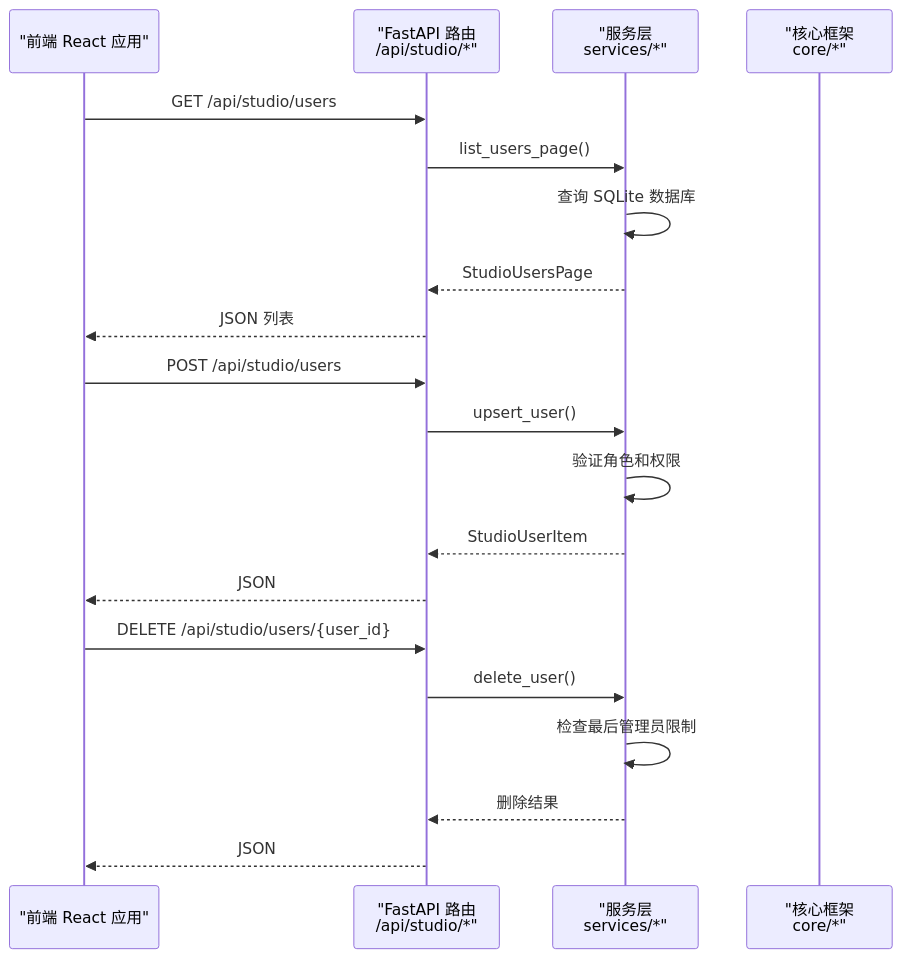
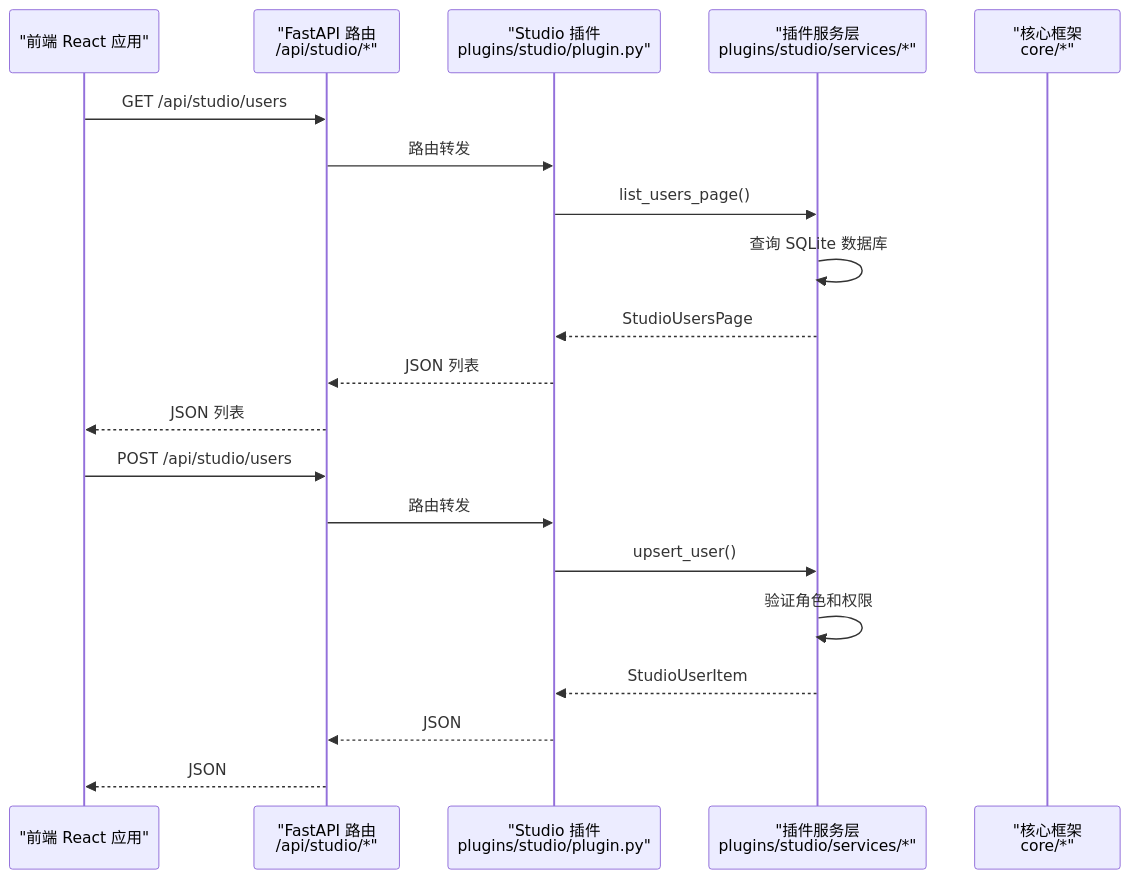
The second of 10 diagrams in repowiki/zh/content/Studio 开发工具/Studio 开发工具.md (YU-JI-KUI/ark-agentic), drawn with Mermaid before and after one commit. The commit also changed other lines of this file and 116 other files, not shown here.

Commit message:
Refactor README structure and content for clarity; remove outdated CLI and utilities documentation. Introduce new API Reference and CLI Tooling documents to enhance user guidance and project organization.

````diff
--- a/repowiki/zh/content/Studio 开发工具/Studio 开发工具.md
+++ b/repowiki/zh/content/Studio 开发工具/Studio 开发工具.md
@@ -129,22 +148,22 @@
 ```mermaid
 sequenceDiagram
 participant FE as "前端 React 应用"
 participant API as "FastAPI 路由<br/>/api/studio/*"
-participant SVC as "服务层<br/>services/*"
+participant PLUGIN as "Studio 插件<br/>plugins/studio/plugin.py"
+participant SVC as "插件服务层<br/>plugins/studio/services/*"
 participant CORE as "核心框架<br/>core/*"
 FE->>API : GET /api/studio/users
-API->>SVC : list_users_page()
+API->>PLUGIN : 路由转发
+PLUGIN->>SVC : list_users_page()
 SVC->>SVC : 查询 SQLite 数据库
-SVC-->>API : StudioUsersPage
+SVC-->>PLUGIN : StudioUsersPage
+PLUGIN-->>API : JSON 列表
 API-->>FE : JSON 列表
 FE->>API : POST /api/studio/users
-API->>SVC : upsert_user()
+API->>PLUGIN : 路由转发
+PLUGIN->>SVC : upsert_user()
 SVC->>SVC : 验证角色和权限
-SVC-->>API : StudioUserItem
-API-->>FE : JSON
-FE->>API : DELETE /api/studio/users/{user_id}
-API->>SVC : delete_user()
-SVC->>SVC : 检查最后管理员限制
-SVC-->>API : 删除结果
+SVC-->>PLUGIN : StudioUserItem
+PLUGIN-->>API : JSON
 API-->>FE : JSON
 ```
````
